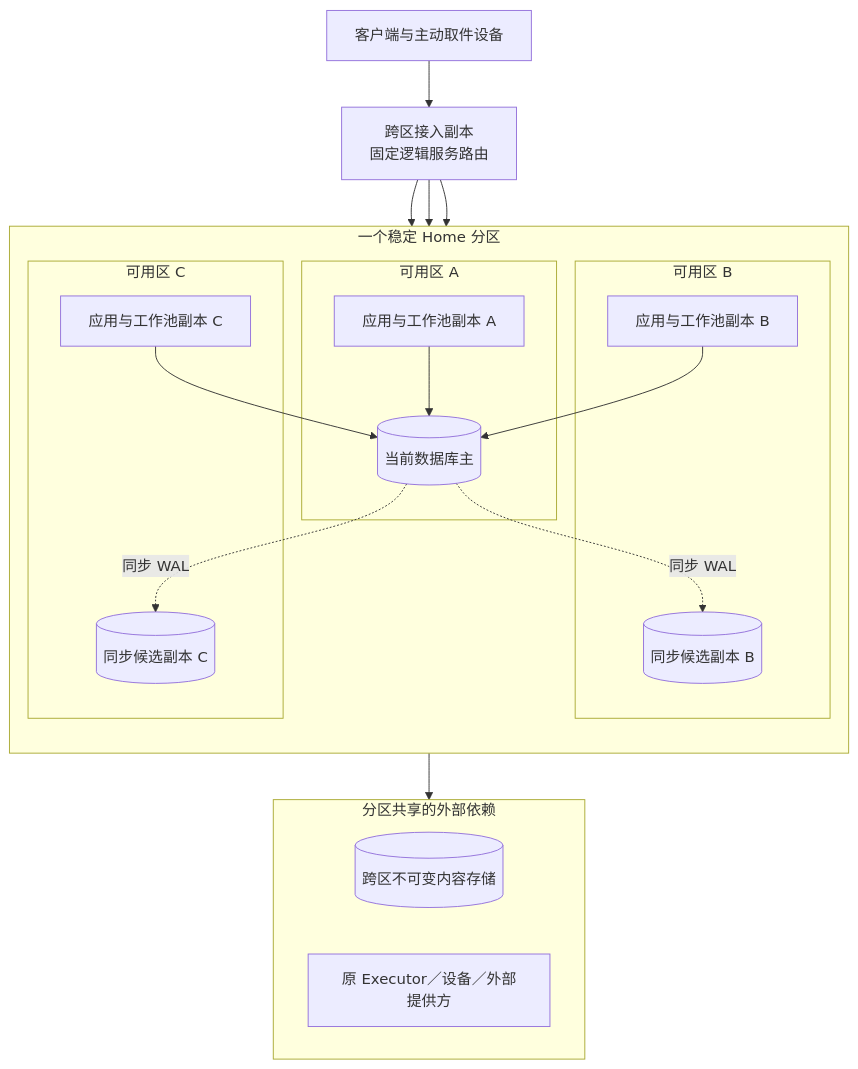
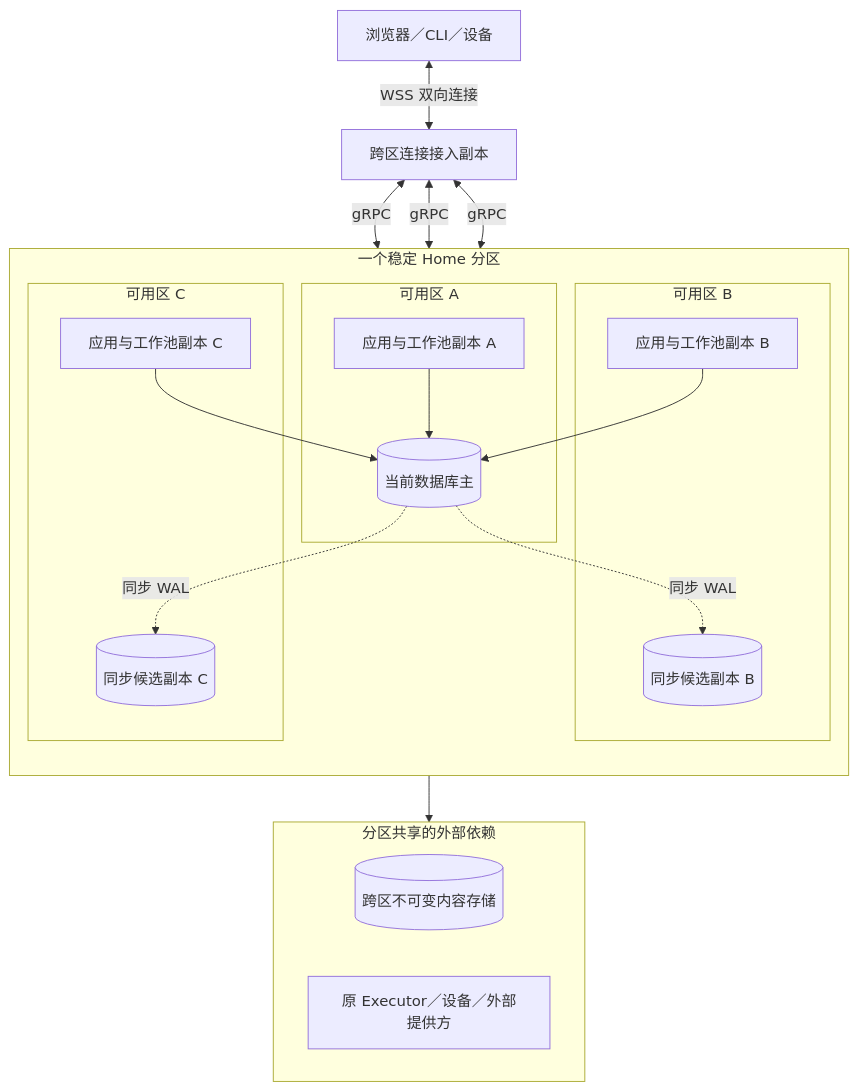
The first of 4 diagrams in docs/architecture/deployment-production.md (ruipengliu/lerna), drawn with Mermaid before and after one commit. The commit also changed other lines of this file and 103 other files, not shown here.

Commit message:
docs: expand architecture contracts and UML models

````diff
--- a/docs/architecture/deployment-production.md
+++ b/docs/architecture/deployment-production.md
@@ -29,32 +29,32 @@
 ```mermaid
 flowchart TB
-    U[客户端与主动取件设备] --> G[跨区接入副本<br/>固定逻辑服务路由]
+    U[浏览器／CLI／设备] <-->|WSS 双向连接| G[跨区连接接入副本]
     subgraph H[一个稳定 Home 分区]
       direction TB
       subgraph A[可用区 A]
         A1[应用与工作池副本 A]
         DB[(当前数据库主)]
       end
       subgraph B[可用区 B]
         B1[应用与工作池副本 B]
         S1[(同步候选副本 B)]
       end
       subgraph C[可用区 C]
         C1[应用与工作池副本 C]
         S2[(同步候选副本 C)]
       end
       A1 --> DB
       B1 --> DB
       C1 --> DB
       DB -.同步 WAL.-> S1
       DB -.同步 WAL.-> S2
     end
-    G --> A1
-    G --> B1
-    G --> C1
+    G <-->|gRPC| A1
+    G <-->|gRPC| B1
+    G <-->|gRPC| C1
     subgraph DEP[分区共享的外部依赖]
       O[(跨区不可变内容存储)]
       X[原 Executor／设备／外部提供方]
     end
     H --> DEP
 ```
````
